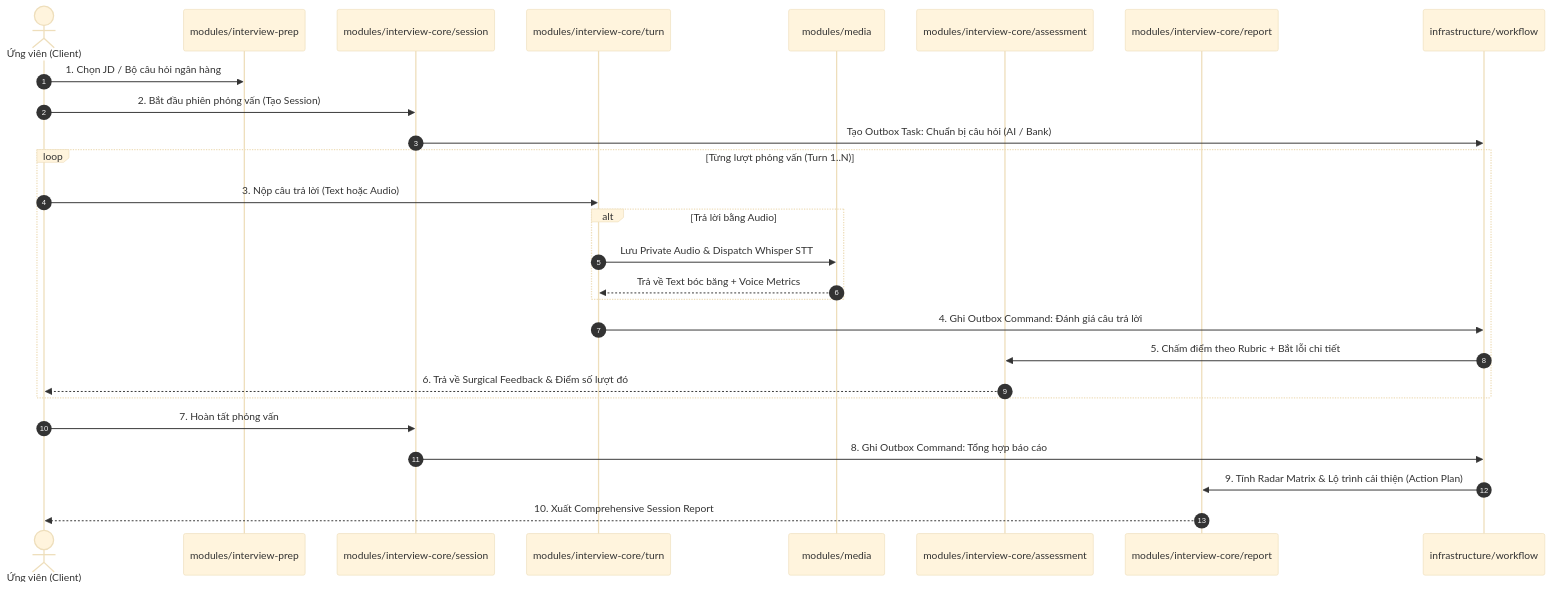
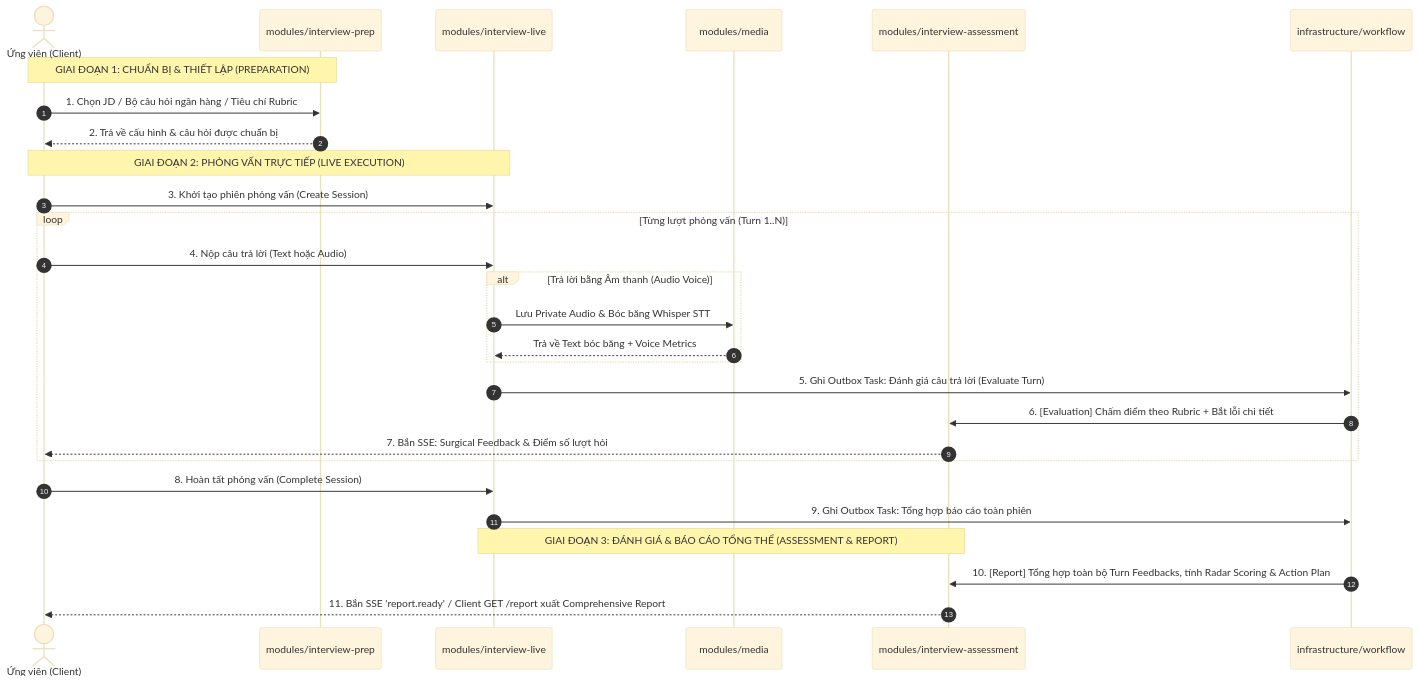
The diagram in docs/backend-restructuring-implementation-plan.md (lethanhan01/interview-coach), drawn with Mermaid (base theme) before and after one commit. The commit also changed other lines of this file, not shown here.

````diff
--- a/docs/backend-restructuring-implementation-plan.md
+++ b/docs/backend-restructuring-implementation-plan.md
@@ -94,32 +97,38 @@
 ```mermaid
 sequenceDiagram
     autonumber
     actor User as Ứng viên (Client)
     participant Prep as modules/interview-prep
-    participant Session as modules/interview-core/session
-    participant Turn as modules/interview-core/turn
+    participant Live as modules/interview-live
     participant Media as modules/media
-    participant Assess as modules/interview-core/assessment
-    participant Report as modules/interview-core/report
+    participant Assess as modules/interview-assessment
     participant Outbox as infrastructure/workflow
 
-    User->>Prep: 1. Chọn JD / Bộ câu hỏi ngân hàng
-    User->>Session: 2. Bắt đầu phiên phỏng vấn (Tạo Session)
-    Session->>Outbox: Tạo Outbox Task: Chuẩn bị câu hỏi (AI / Bank)
+    %% GIAI ĐOẠN 1: CHUẨN BỊ (PREPARATION)
+    Note over User,Prep: GIAI ĐOẠN 1: CHUẨN BỊ & THIẾT LẬP (PREPARATION)
+    User->>Prep: 1. Chọn JD / Bộ câu hỏi ngân hàng / Tiêu chí Rubric
+    Prep-->>User: 2. Trả về cấu hình & câu hỏi được chuẩn bị
+
+    %% GIAI ĐOẠN 2: TIẾN TRÌNH TRỰC TIẾP (LIVE INTERVIEW)
+    Note over User,Live: GIAI ĐOẠN 2: PHỎNG VẤN TRỰC TIẾP (LIVE EXECUTION)
+    User->>Live: 3. Khởi tạo phiên phỏng vấn (Create Session)
     
     loop Từng lượt phỏng vấn (Turn 1..N)
-        User->>Turn: 3. Nộp câu trả lời (Text hoặc Audio)
-        alt Trả lời bằng Audio
-            Turn->>Media: Lưu Private Audio & Dispatch Whisper STT
-            Media-->>Turn: Trả về Text bóc băng + Voice Metrics
+        User->>Live: 4. Nộp câu trả lời (Text hoặc Audio)
+        alt Trả lời bằng Âm thanh (Audio Voice)
+            Live->>Media: Lưu Private Audio & Bóc băng Whisper STT
+            Media-->>Live: Trả về Text bóc băng + Voice Metrics
         end
-        Turn->>Outbox: 4. Ghi Outbox Command: Đánh giá câu trả lời
-        Outbox->>Assess: 5. Chấm điểm theo Rubric + Bắt lỗi chi tiết
-        Assess-->>User: 6. Trả về Surgical Feedback & Điểm số lượt đó
+        Live->>Outbox: 5. Ghi Outbox Task: Đánh giá câu trả lời (Evaluate Turn)
+        Outbox->>Assess: 6. [Evaluation] Chấm điểm theo Rubric + Bắt lỗi chi tiết
+        Assess-->>User: 7. Bắn SSE: Surgical Feedback & Điểm số lượt hỏi
     end
 
-    User->>Session: 7. Hoàn tất phỏng vấn
-    Session->>Outbox: 8. Ghi Outbox Command: Tổng hợp báo cáo
-    Outbox->>Report: 9. Tính Radar Matrix & Lộ trình cải thiện (Action Plan)
-    Report-->>User: 10. Xuất Comprehensive Session Report
+    User->>Live: 8. Hoàn tất phỏng vấn (Complete Session)
+    Live->>Outbox: 9. Ghi Outbox Task: Tổng hợp báo cáo toàn phiên
+
+    %% GIAI ĐOẠN 3: ĐÁNH GIÁ & BÁO CÁO (POST-INTERVIEW ASSESSMENT)
+    Note over Live,Assess: GIAI ĐOẠN 3: ĐÁNH GIÁ & BÁO CÁO TỔNG THỂ (ASSESSMENT & REPORT)
+    Outbox->>Assess: 10. [Report] Tổng hợp toàn bộ Turn Feedbacks, tính Radar Scoring & Action Plan
+    Assess-->>User: 11. Bắn SSE 'report.ready' / Client GET /report xuất Comprehensive Report
 ```
````
